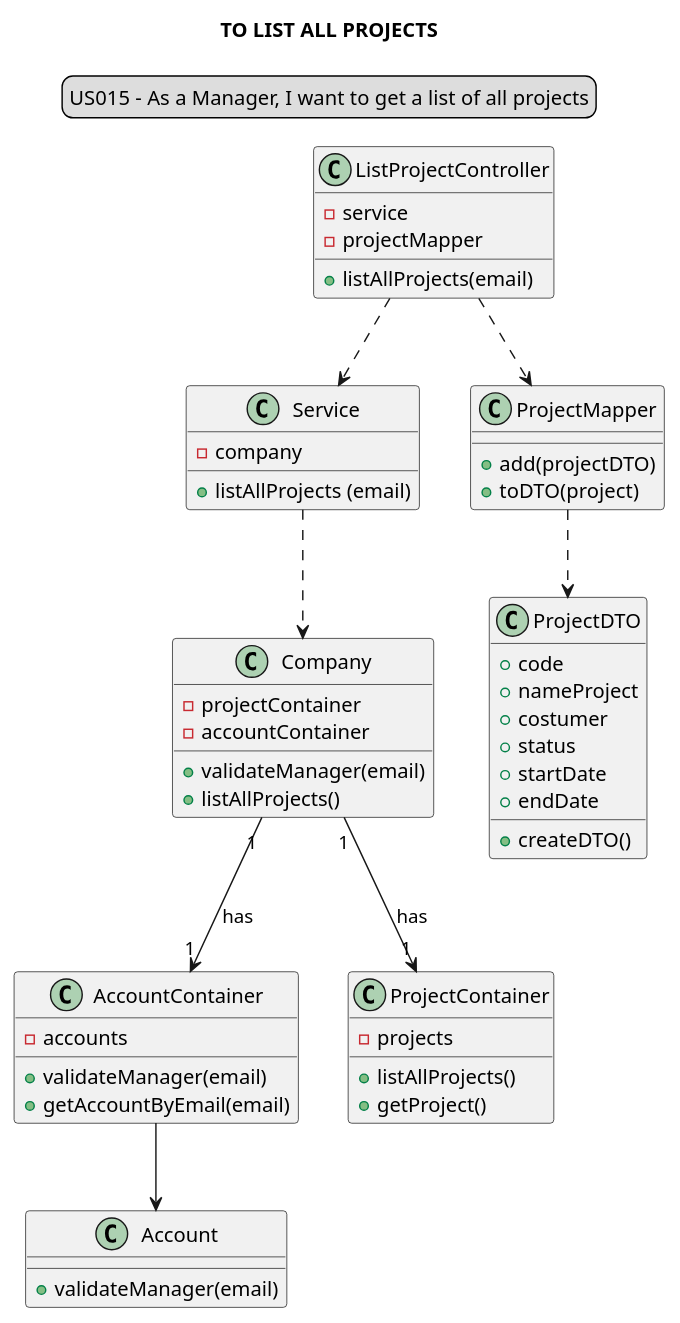
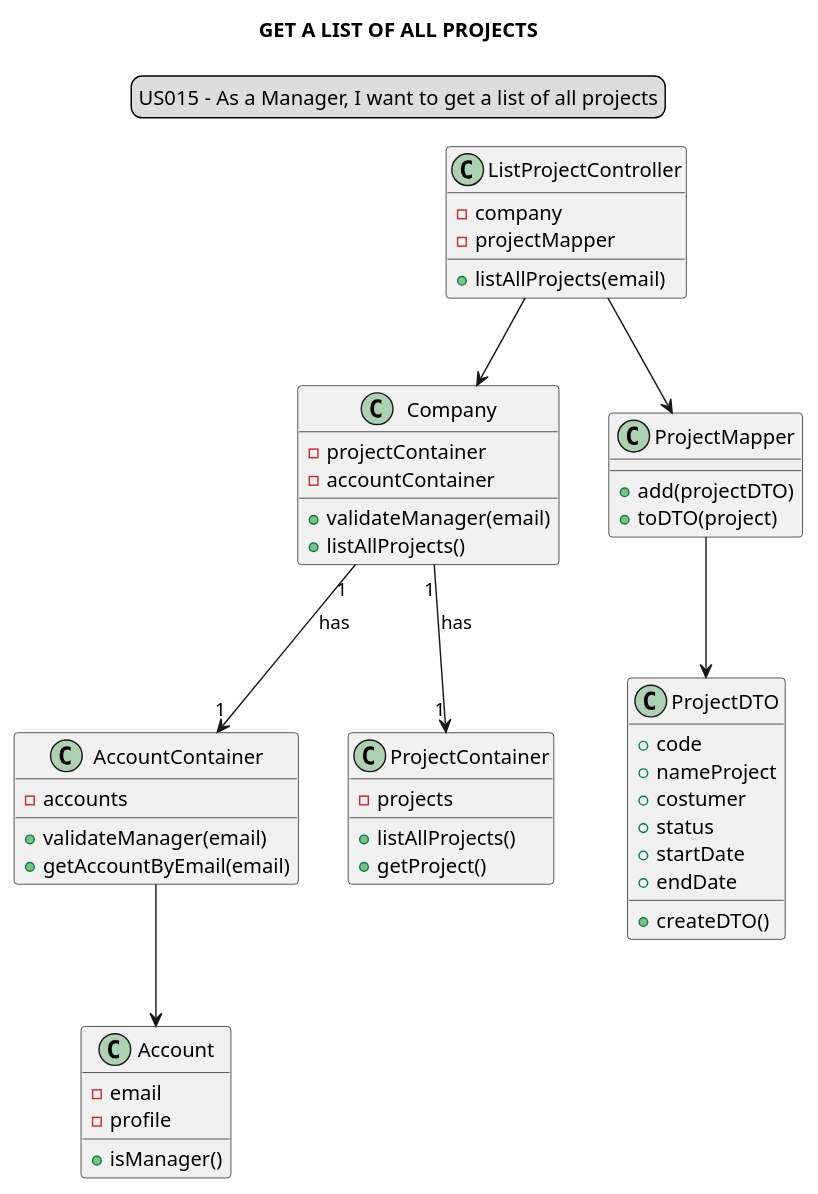
One commit to Loracline/project_switch_22-23 changed the diagram in docs/modelling_design/user_stories/us015/US015_classDiagram.puml. Above: the diagram before and after it, drawn with PlantUML. The commit also changed 1 other file, not shown here.

Commit message:
US015: Design: Refined of Sequence and Class diagram

```diff
--- a/docs/modelling_design/user_stories/us015/US015_classDiagram.puml
+++ b/docs/modelling_design/user_stories/us015/US015_classDiagram.puml
@@ -1,66 +1,62 @@
 @startuml
 
 skinparam sequenceMessageAlign center
-title TO LIST ALL PROJECTS
+title GET A LIST OF ALL PROJECTS
 legend top
 US015 - As a Manager, I want to get a list of all projects
 end legend
 
 class "ListProjectController" {
--service
+-company
 -projectMapper
 +listAllProjects(email)
-}
-
-class "Service" {
-- company
-+ listAllProjects (email)
 }
 
 class "Company"{
 -projectContainer
 -accountContainer
 + validateManager(email)
 +listAllProjects()
 }
 
 class "AccountContainer"{
 -accounts
 +validateManager(email)
 +getAccountByEmail(email)
 }
 
 class "Account"{
-+validateManager(email)
+-email
+-profile
++isManager()
 }
 
 class "ProjectContainer"{
 -projects
 +listAllProjects()
 +getProject()
 }
 
 class "ProjectMapper"{
 +add(projectDTO)
 +toDTO(project)
 }
 
 class "ProjectDTO" {
 +code
 +nameProject
 +costumer
 +status
 +startDate
 +endDate
 +createDTO()
 }
-"ListProjectController" ..> "Service"
-"Service" ..> "Company"
-"ListProjectController" ..> "ProjectMapper"
+
+"ListProjectController" --> "Company"
+"ListProjectController" --> "ProjectMapper"
 "Company" "1"-->"1" "ProjectContainer": has
 "Company" "1"-->"1" "AccountContainer": has
 "AccountContainer" --> "Account"
-"ProjectMapper" ..> "ProjectDTO"
-
+"ProjectMapper" --> "ProjectDTO"
 
 @enduml
```
